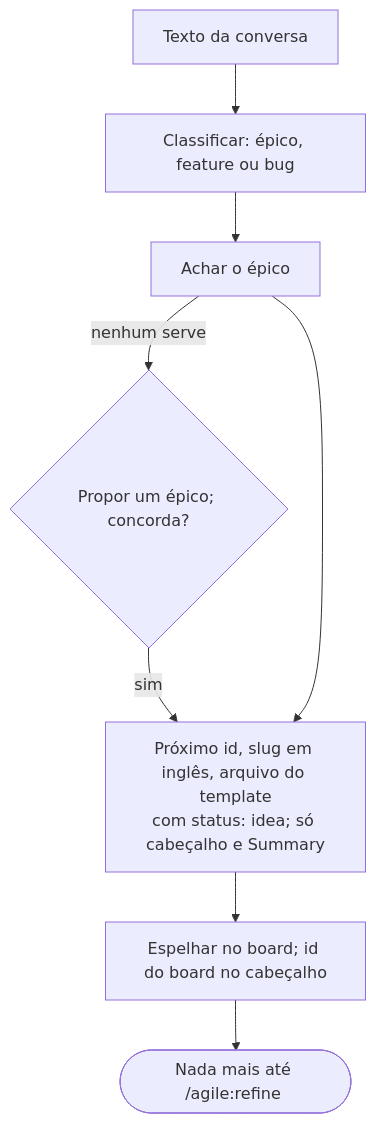
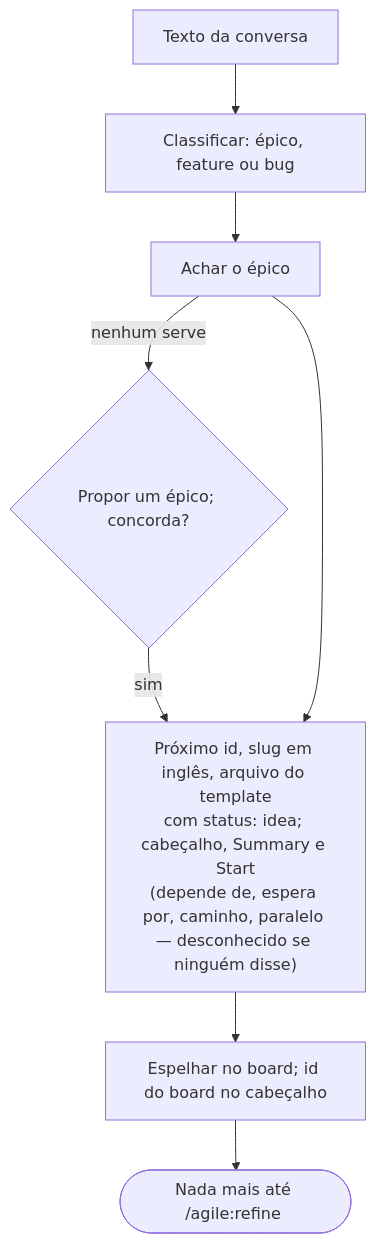
The fourth of 18 diagrams in docs/agile/workflow.pt-BR.md (alexcanario/simulab), drawn with Mermaid before and after one commit. The commit also changed other lines of this file and 11 other files, not shown here.

````diff
--- a/docs/agile/workflow.pt-BR.md
+++ b/docs/agile/workflow.pt-BR.md
@@ -951,10 +1172,10 @@
 ```mermaid
 flowchart TD
     A["Texto da conversa"] --> B["Classificar: épico, feature ou bug"]
     B --> C["Achar o épico"]
     C -->|nenhum serve| C1{"Propor um épico; concorda?"}
     C1 -->|sim| D
-    C --> D["Próximo id, slug em inglês, arquivo do template<br/>com status: idea; só cabeçalho e Summary"]
+    C --> D["Próximo id, slug em inglês, arquivo do template<br/>com status: idea; cabeçalho, Summary e Start<br/>(depende de, espera por, caminho, paralelo — desconhecido se ninguém disse)"]
     D --> E["Espelhar no board; id do board no cabeçalho"]
     E --> F(["Nada mais até /agile:refine <id>"])
 ```
````
